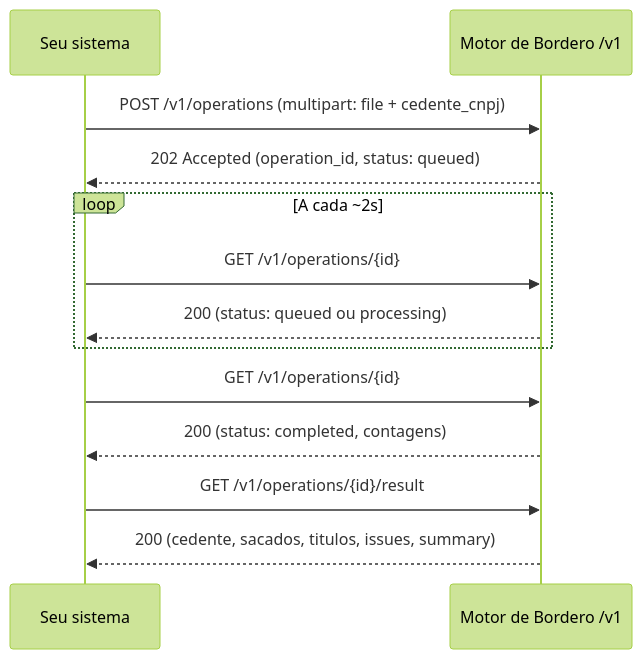
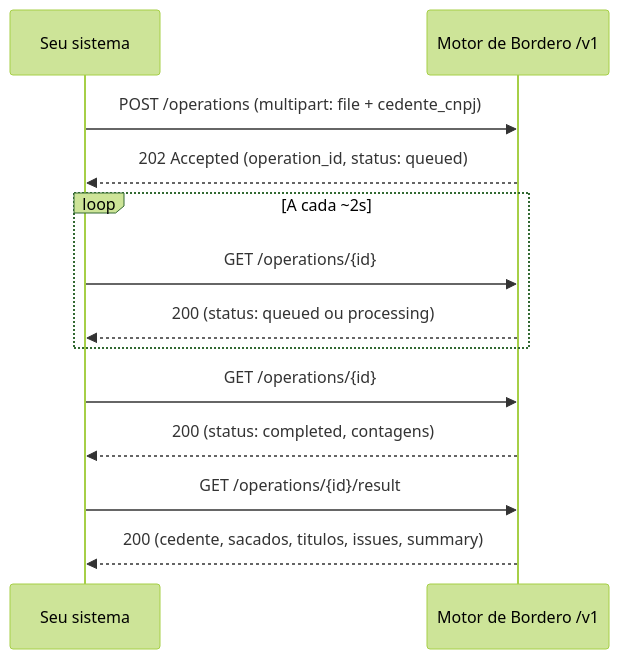
Before and after one commit to Sherlocker-LTDA/docs: the diagram in credito/introducao.mdx, drawn with Mermaid (forest theme). The commit also changed other lines of this file and 28 other files, not shown here.

````diff
--- a/credito/introducao.mdx
+++ b/credito/introducao.mdx
@@ -27,15 +27,15 @@
 ```mermaid
 sequenceDiagram
     participant C as Seu sistema
     participant S as Motor de Bordero /v1
-    C->>S: POST /v1/operations (multipart: file + cedente_cnpj)
+    C->>S: POST /operations (multipart: file + cedente_cnpj)
     S-->>C: 202 Accepted (operation_id, status: queued)
     loop A cada ~2s
-        C->>S: GET /v1/operations/{id}
+        C->>S: GET /operations/{id}
         S-->>C: 200 (status: queued ou processing)
     end
-    C->>S: GET /v1/operations/{id}
+    C->>S: GET /operations/{id}
     S-->>C: 200 (status: completed, contagens)
-    C->>S: GET /v1/operations/{id}/result
+    C->>S: GET /operations/{id}/result
     S-->>C: 200 (cedente, sacados, titulos, issues, summary)
 ```
````
